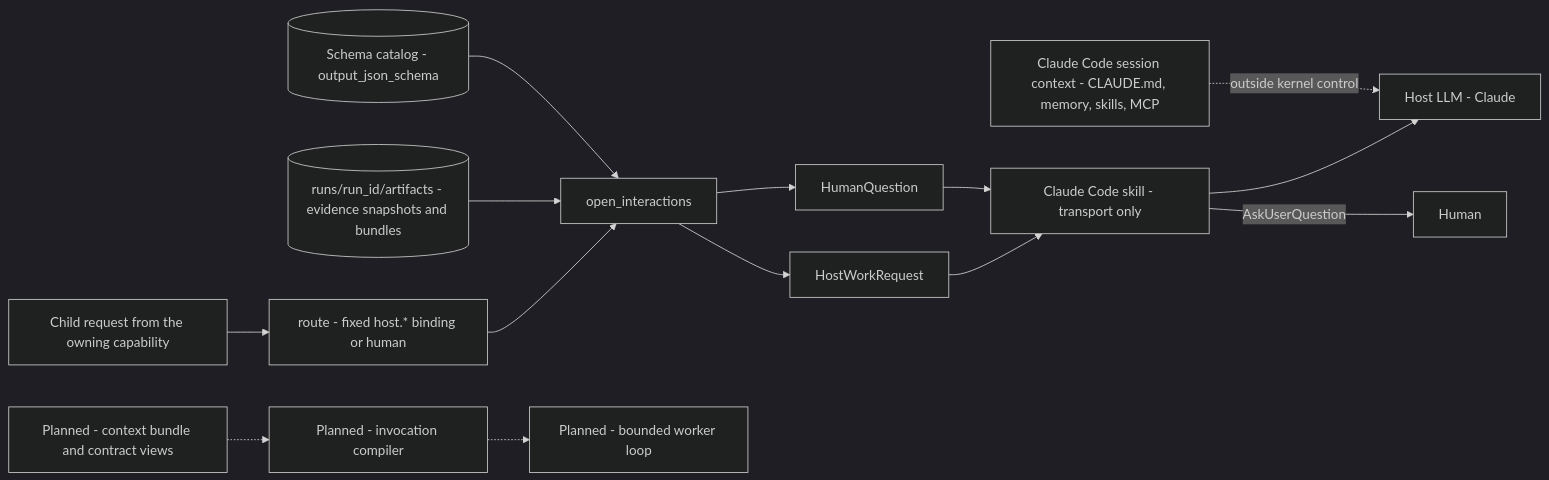
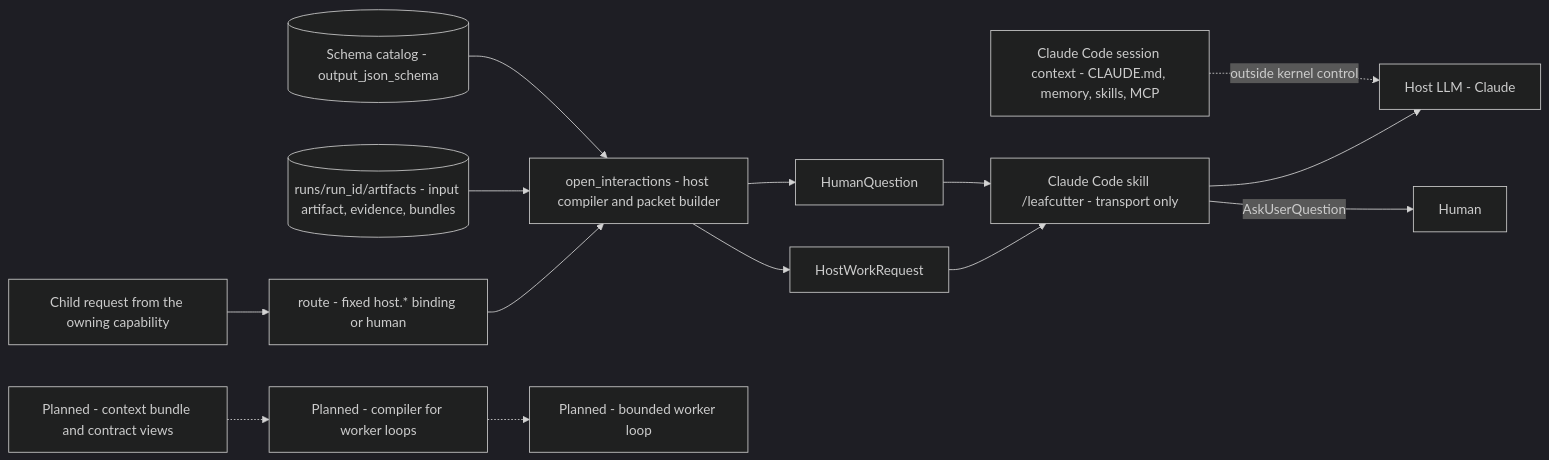
One commit to urlmonitor/leafcutter-ai changed the diagram in docs/architecture/diagrams/decision-kernel-context-host-worker-human.md. Above: the diagram before and after it, drawn with Mermaid (dark theme). The commit also changed other lines of this file and 24 other files, not shown here.

````diff
--- a/docs/architecture/diagrams/decision-kernel-context-host-worker-human.md
+++ b/docs/architecture/diagrams/decision-kernel-context-host-worker-human.md
@@ -39,16 +44,16 @@
 ```mermaid
 flowchart LR
   REQ["Child request from the owning capability"] --> RT["route - fixed host.* binding or human"]
-  RT --> OI["open_interactions"]
-  ART[("runs/run_id/artifacts - evidence snapshots and bundles")] --> OI
+  RT --> OI["open_interactions - host compiler and packet builder"]
+  ART[("runs/run_id/artifacts - input artifact, evidence, bundles")] --> OI
   CAT[("Schema catalog - output_json_schema")] --> OI
   OI --> HWR["HostWorkRequest"]
   OI --> HQ["HumanQuestion"]
-  HWR --> SK["Claude Code skill - transport only"]
+  HWR --> SK["Claude Code skill /leafcutter - transport only"]
   HQ --> SK
   SK --> HLLM["Host LLM - Claude"]
   AMB["Claude Code session context - CLAUDE.md, memory, skills, MCP"] -.->|"outside kernel control"| HLLM
   SK -->|"AskUserQuestion"| HUM["Human"]
-  CTX["Planned - context bundle and contract views"] -.-> COMP["Planned - invocation compiler"]
+  CTX["Planned - context bundle and contract views"] -.-> COMP["Planned - compiler for worker loops"]
   COMP -.-> WRK["Planned - bounded worker loop"]
 ```
````
